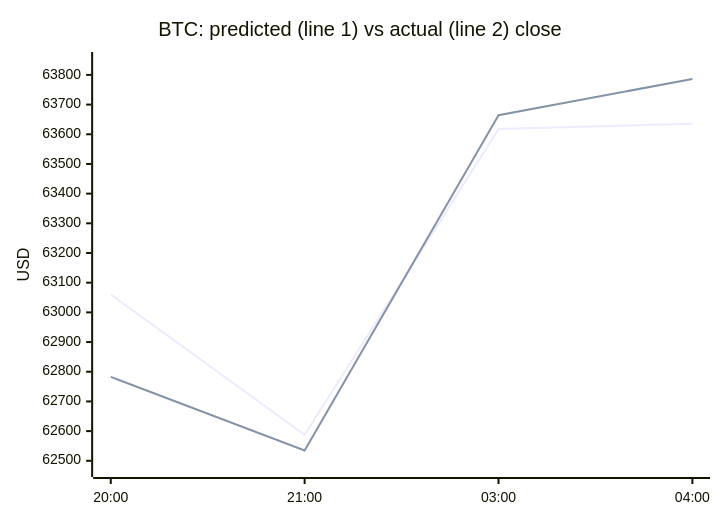
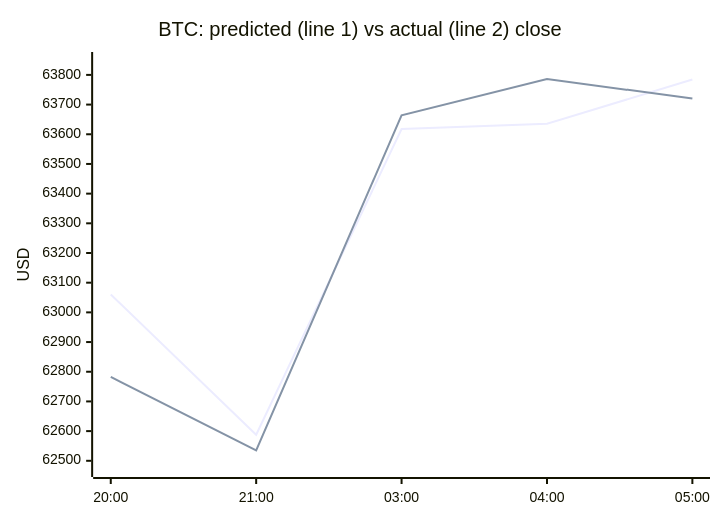
One commit to samuelkreitl-wq/crypto-hourly-forecaster changed the first of 4 diagrams in README.md. Above: the diagram before and after it, drawn with Mermaid. The commit also changed other lines of this file and 15 other files, not shown here.

````diff
--- a/README.md
+++ b/README.md
@@ -38,8 +38,8 @@
 ```mermaid
 xychart-beta
     title "BTC: predicted (line 1) vs actual (line 2) close"
-    x-axis ["20:00", "21:00", "03:00", "04:00"]
+    x-axis ["20:00", "21:00", "03:00", "04:00", "05:00"]
     y-axis "USD" 62472.3651 --> 63850.1864
-    line [63060.3716, 62587.6439, 63617.4254, 63635.2318]
-    line [62782.7000, 62534.9000, 63664.0000, 63786.4000]
+    line [63060.3716, 62587.6439, 63617.4254, 63635.2318, 63784.5035]
+    line [62782.7000, 62534.9000, 63664.0000, 63786.4000, 63720.2000]
 ```
````
